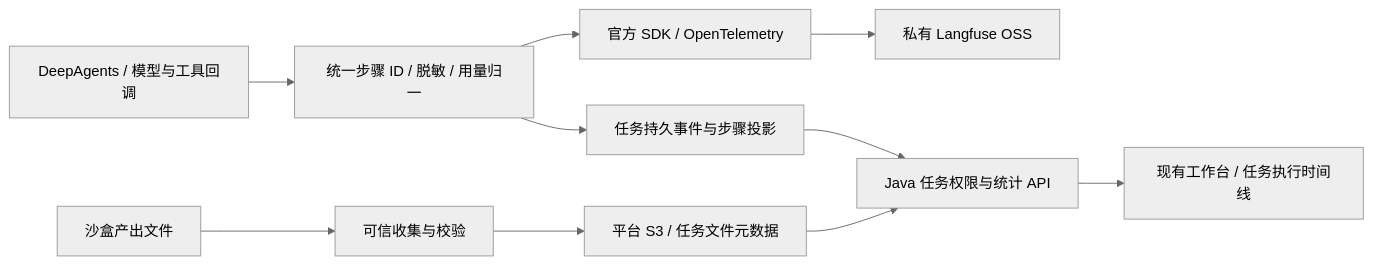
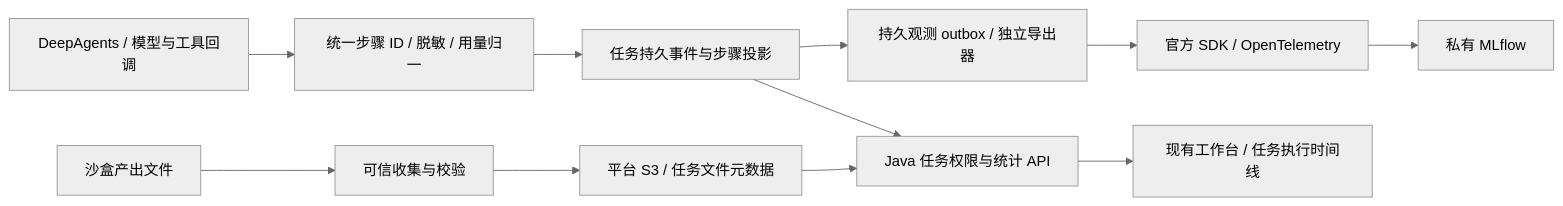
One commit to jhj8888/open_agent changed the diagram in docs/platform/agentic-observability-evaluation.md. Above: the diagram before and after it, drawn with Mermaid (neutral theme). The commit also changed other lines of this file and 37 other files, not shown here.

````diff
--- a/docs/platform/agentic-observability-evaluation.md
+++ b/docs/platform/agentic-observability-evaluation.md
@@ -42,12 +44,13 @@
 ```mermaid
 flowchart LR
   D[DeepAgents / 模型与工具回调] --> R[统一步骤 ID / 脱敏 / 用量归一]
   R --> E[任务持久事件与步骤投影]
-  R --> O[官方 SDK / OpenTelemetry]
-  O --> L[私有 Langfuse OSS]
+  E --> Q[持久观测 outbox / 独立导出器]
+  Q --> O[官方 SDK / OpenTelemetry]
+  O --> L[私有 MLflow]
   E --> A[Java 任务权限与统计 API]
   A --> U[现有工作台 / 任务执行时间线]
   S[沙盒产出文件] --> X[可信收集与校验]
   X --> F[平台 S3 / 任务文件元数据]
   F --> A
 ```
````
